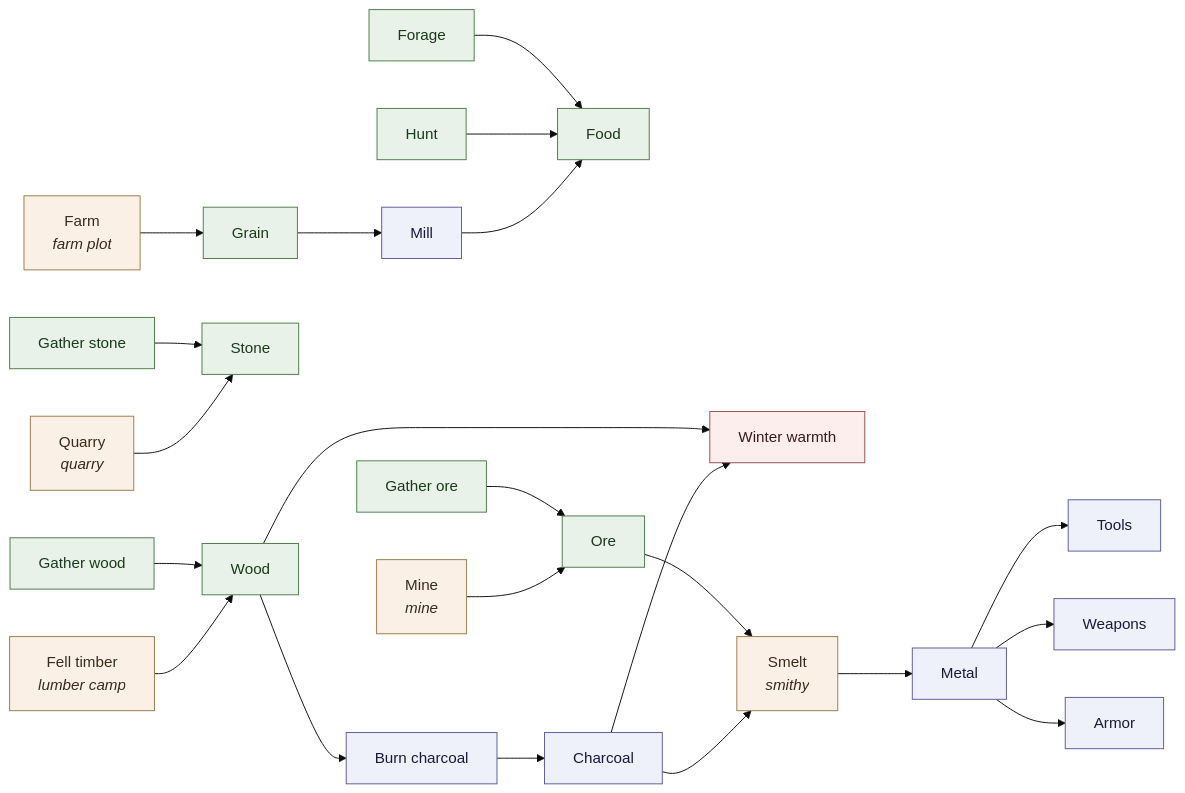
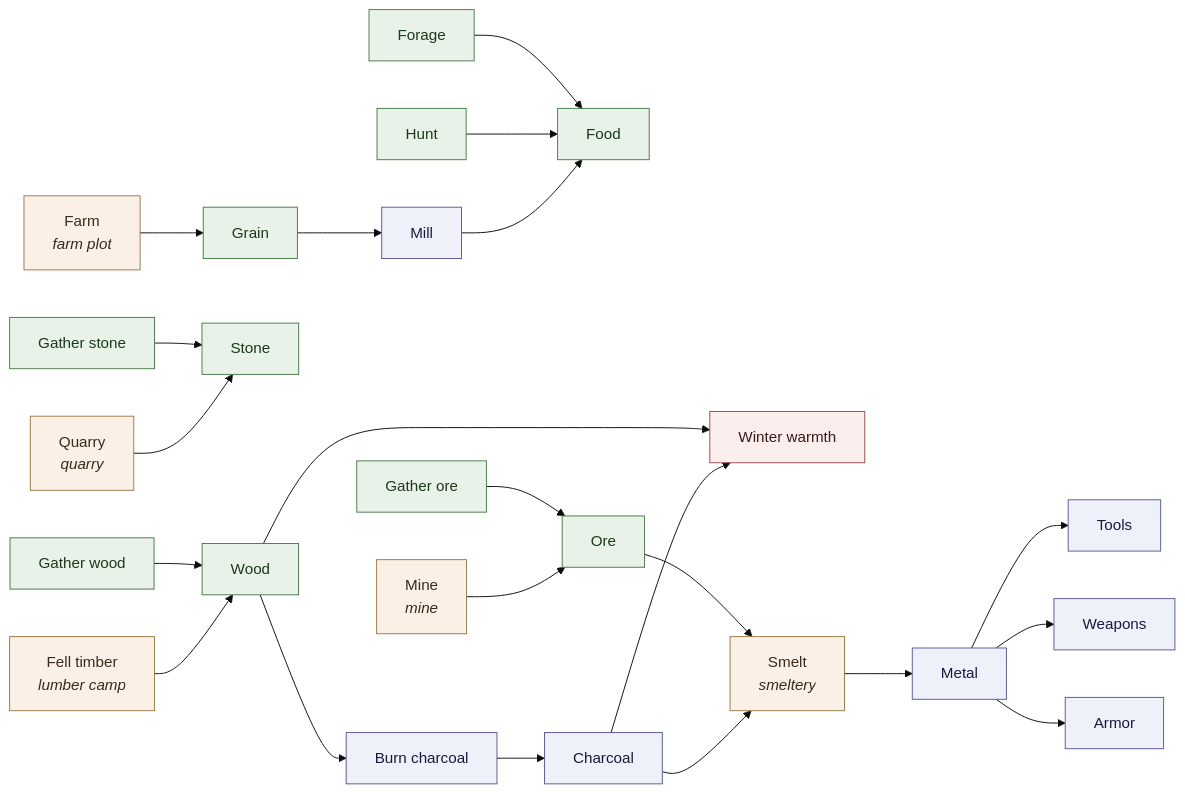
The first of 2 diagrams in docs/design/kingdom-watch-economy-ladder.md (zhollis21/KingdomWatch), drawn with Mermaid (base theme) before and after one commit. The commit also changed other lines of this file, not shown here.

````diff
--- a/docs/design/kingdom-watch-economy-ladder.md
+++ b/docs/design/kingdom-watch-economy-ladder.md
@@ -480,29 +497,29 @@
 ```mermaid
 flowchart LR
   classDef gathered fill:#e8f2e8,stroke:#4a7a4a,color:#1a3a1a
   classDef crafted fill:#eef0fa,stroke:#5a5a9a,color:#1a1a3a
   classDef built fill:#faf0e6,stroke:#9a7a4a,color:#3a2a1a
   classDef sink fill:#fdeeee,stroke:#9a4a4a,color:#3a1a1a
 
   Forage["Forage"]:::gathered --> Food["Food"]:::gathered
   Hunt["Hunt"]:::gathered --> Food
   GW["Gather wood"]:::gathered --> Wood["Wood"]:::gathered
   FT["Fell timber<br/><i>lumber camp</i>"]:::built --> Wood
   GS["Gather stone"]:::gathered --> Stone["Stone"]:::gathered
   QuarryR["Quarry<br/><i>quarry</i>"]:::built --> Stone
   GO["Gather ore"]:::gathered --> Ore["Ore"]:::gathered
   MineR["Mine<br/><i>mine</i>"]:::built --> Ore
 
   Farm["Farm<br/><i>farm plot</i>"]:::built --> Grain["Grain"]:::gathered
   Grain --> Mill["Mill"]:::crafted --> Food
 
   Wood --> Burn["Burn charcoal"]:::crafted --> Charcoal["Charcoal"]:::crafted
   Wood --> Warmth["Winter warmth"]:::sink
   Charcoal --> Warmth
 
-  Ore --> Smelt["Smelt<br/><i>smithy</i>"]:::built
+  Ore --> Smelt["Smelt<br/><i>smeltery</i>"]:::built
   Charcoal --> Smelt --> Metal["Metal"]:::crafted
   Metal --> Tools["Tools"]:::crafted
   Metal --> Weapons["Weapons"]:::crafted
   Metal --> Armor["Armor"]:::crafted
 ```
````
